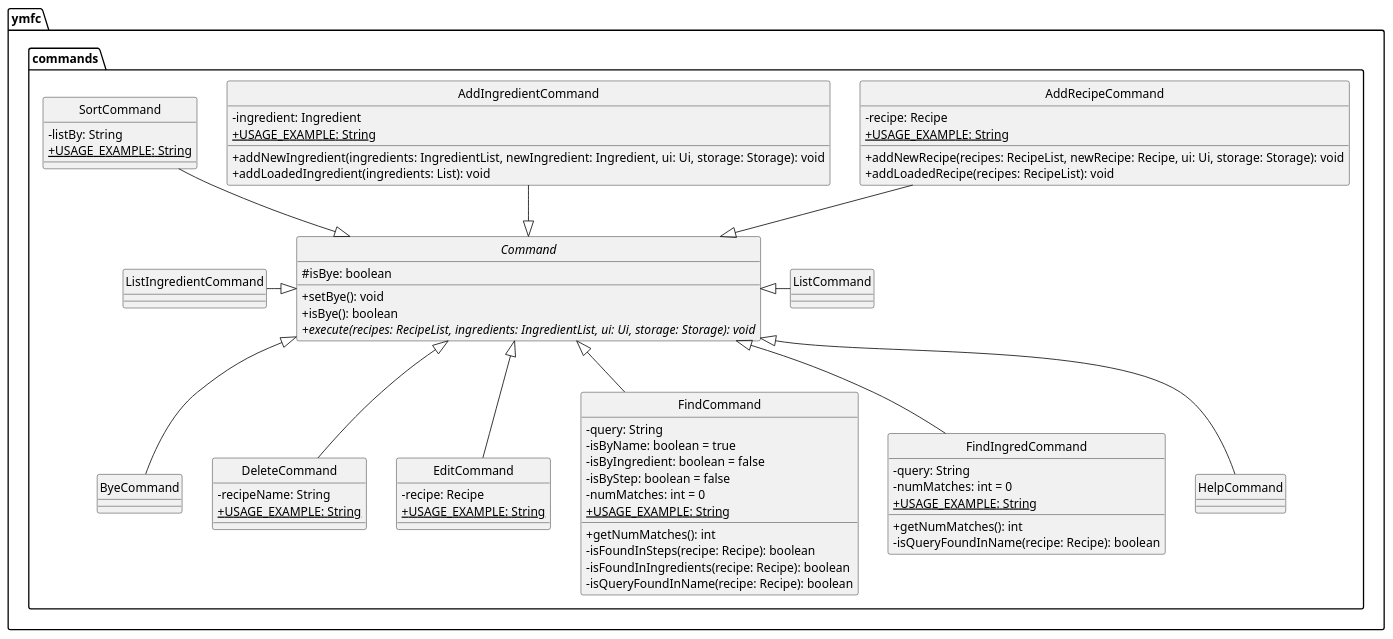
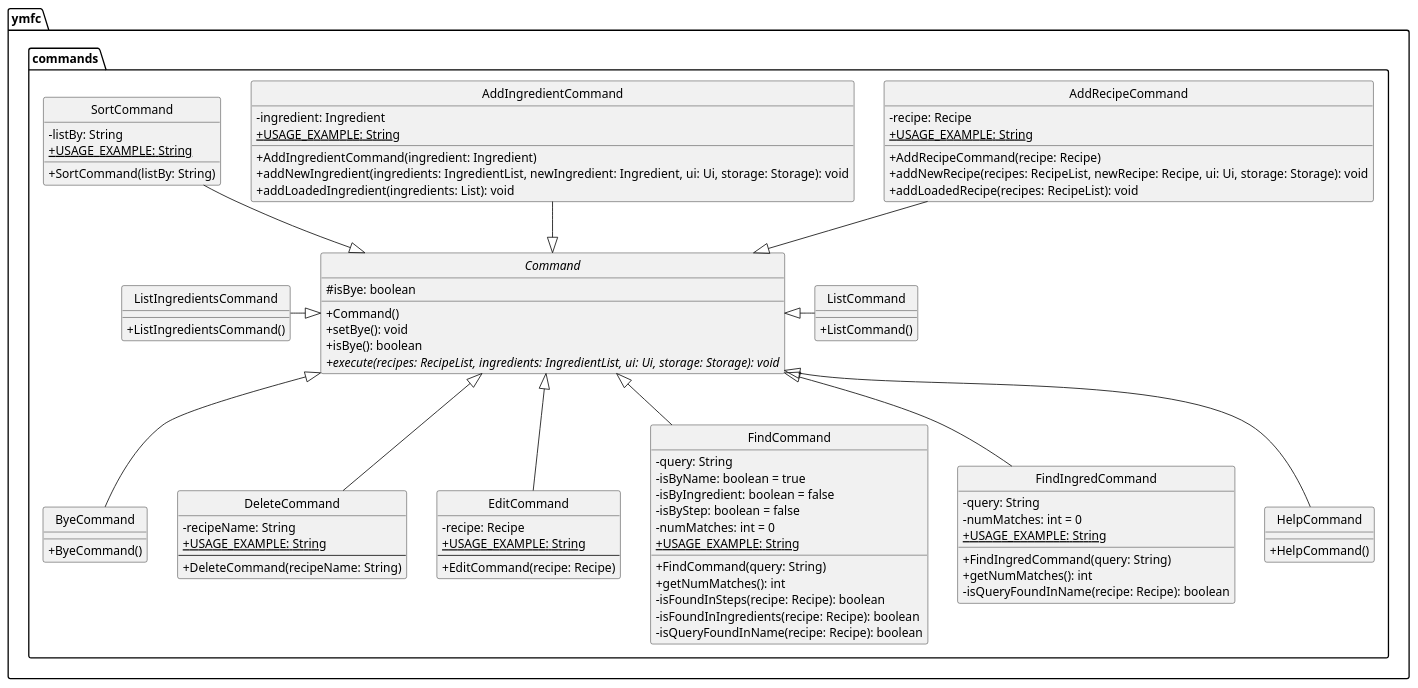
Before and after one commit to nus-cs2113-AY2425S1/tp: the diagram in docs/puml/ClassDiagrams/CommandClasses.puml, drawn with PlantUML. The commit also changed 3 other files, not shown here.

Commit message:
Add constructors to all class diagrams

```diff
--- a/docs/puml/ClassDiagrams/CommandClasses.puml
+++ b/docs/puml/ClassDiagrams/CommandClasses.puml
@@ -1,102 +1,125 @@
 @startuml
 skinparam classAttributeIconSize 0
 
 package "ymfc.commands" {
 
     abstract class Command {
         # isBye: boolean
         __
+        + Command()
         + setBye(): void
         + isBye(): boolean
         + {abstract} execute(recipes: RecipeList, ingredients: IngredientList, ui: Ui, storage: Storage): void
     }
     hide Command circle
 
     class AddRecipeCommand {
         - recipe: Recipe
         + {static} USAGE_EXAMPLE: String
         __
+        + AddRecipeCommand(recipe: Recipe)
         + addNewRecipe(recipes: RecipeList, newRecipe: Recipe, ui: Ui, storage: Storage): void
         + addLoadedRecipe(recipes: RecipeList): void
     }
     hide AddRecipeCommand circle
 
     class AddIngredientCommand {
         - ingredient: Ingredient
         + {static} USAGE_EXAMPLE: String
         __
+        + AddIngredientCommand(ingredient: Ingredient)
         + addNewIngredient(ingredients: IngredientList, newIngredient: Ingredient, ui: Ui, storage: Storage): void
         + addLoadedIngredient(ingredients: List): void
     }
     hide AddIngredientCommand circle
 
-    class ByeCommand
+    class ByeCommand {
+        __
+        + ByeCommand()
+    }
     hide ByeCommand circle
 
     class DeleteCommand {
         - recipeName: String
         + {static} USAGE_EXAMPLE: String
+        --
+        + DeleteCommand(recipeName: String)
     }
     hide DeleteCommand circle
 
     class EditCommand {
         - recipe: Recipe
         + {static} USAGE_EXAMPLE: String
+        --
+        + EditCommand(recipe: Recipe)
     }
     hide EditCommand circle
 
     class FindCommand {
         - query: String
         - isByName: boolean = true
         - isByIngredient: boolean = false
         - isByStep: boolean = false
         - numMatches: int = 0
         + {static} USAGE_EXAMPLE: String
         __
+        + FindCommand(query: String)
         + getNumMatches(): int
         - isFoundInSteps(recipe: Recipe): boolean
         - isFoundInIngredients(recipe: Recipe): boolean
         - isQueryFoundInName(recipe: Recipe): boolean
     }
     hide FindCommand circle
 
     class FindIngredCommand {
         - query: String
         - numMatches: int = 0
         + {static} USAGE_EXAMPLE: String
         __
+        + FindIngredCommand(query: String)
         + getNumMatches(): int
         - isQueryFoundInName(recipe: Recipe): boolean
     }
     hide FindIngredCommand circle
 
-    class HelpCommand
+    class HelpCommand {
+        __
+        + HelpCommand()
+    }
     hide HelpCommand circle
 
-    class ListCommand
+    class ListCommand {
+        __
+        + ListCommand()
+    }
     hide ListCommand circle
 
-    class ListIngredientCommand
-    hide ListIngredientCommand circle
+    class ListIngredientsCommand {
+        __
+        + ListIngredientsCommand()
+    }
+    hide ListIngredientsCommand circle
 
     class SortCommand {
         - listBy: String
         + {static} USAGE_EXAMPLE: String
+        __
+        + SortCommand(listBy: String)
     }
     hide SortCommand circle
 
     AddRecipeCommand --d|> Command
     AddIngredientCommand --d|> Command
     ByeCommand --u|> Command
     DeleteCommand --u|> Command
     EditCommand --u|> Command
     FindCommand --u|> Command
     FindIngredCommand --u|> Command
     HelpCommand --u|> Command
     ListCommand --l|> Command
-    ListIngredientCommand --r|> Command
+    ListIngredientsCommand --r|> Command
     SortCommand --d|> Command
 
 }
 
 @enduml
```
